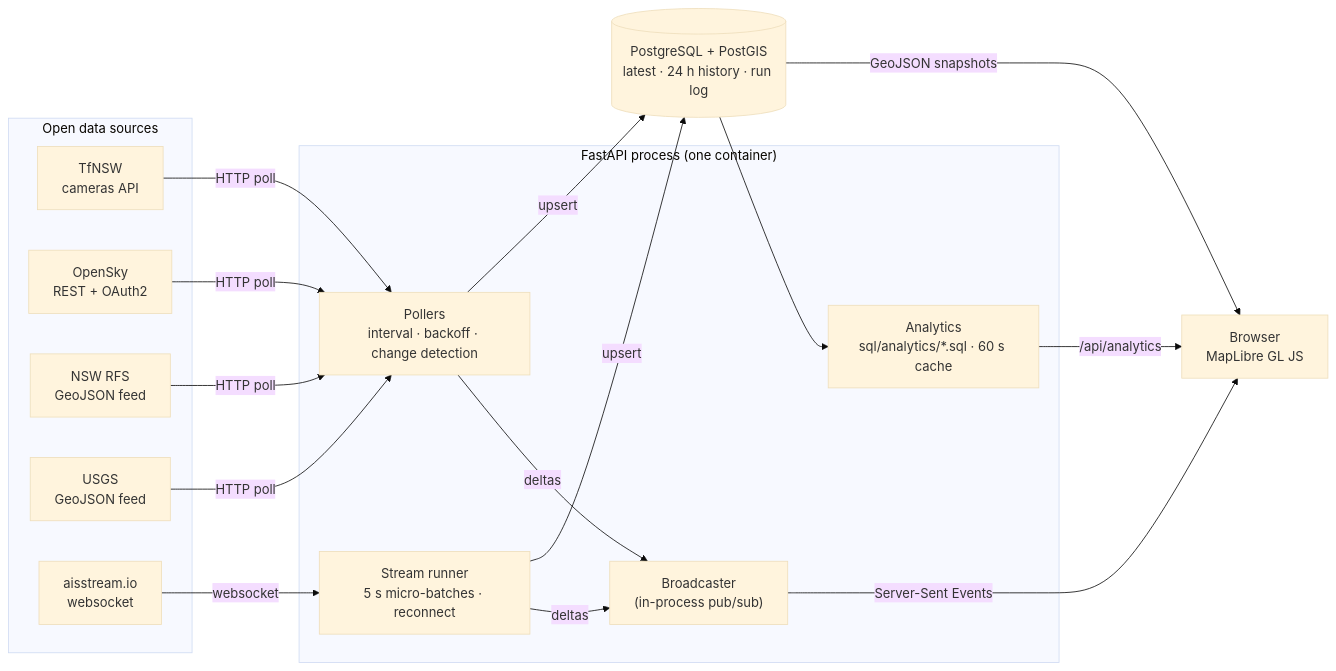
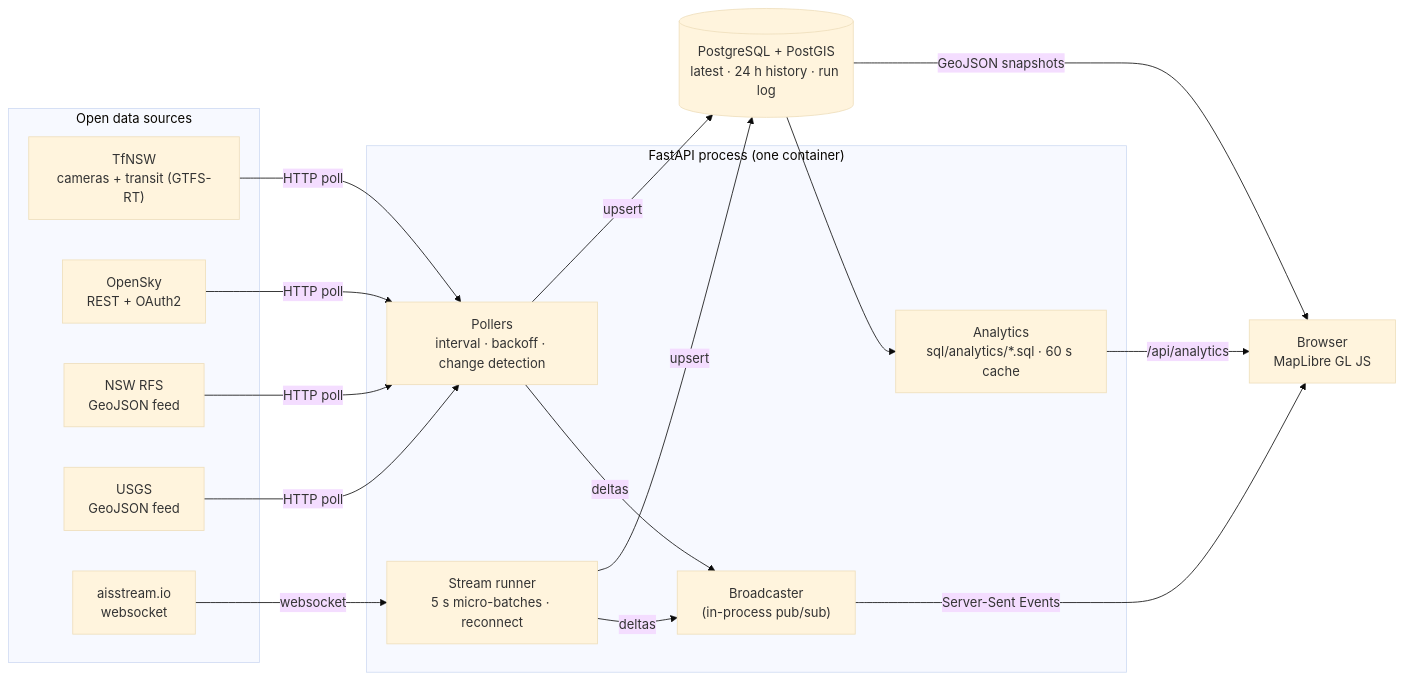
The diagram in README.md (pupshii/OzWatch), drawn with Mermaid (base theme) before and after one commit. The commit also changed other lines of this file and 19 other files, not shown here.

````diff
--- a/README.md
+++ b/README.md
@@ -37,28 +38,28 @@
 ```mermaid
 flowchart LR
     subgraph Sources["Open data sources"]
-        TfNSW["TfNSW<br/>cameras API"]
+        TfNSW["TfNSW<br/>cameras + transit (GTFS-RT)"]
         OpenSky["OpenSky<br/>REST + OAuth2"]
         RFS["NSW RFS<br/>GeoJSON feed"]
         USGS["USGS<br/>GeoJSON feed"]
         AIS["aisstream.io<br/>websocket"]
     end
 
     subgraph API["FastAPI process (one container)"]
         Pollers["Pollers<br/>interval · backoff · change detection"]
         Stream["Stream runner<br/>5 s micro-batches · reconnect"]
         Bus["Broadcaster<br/>(in-process pub/sub)"]
         Analytics["Analytics<br/>sql/analytics/*.sql · 60 s cache"]
     end
 
     DB[("PostgreSQL + PostGIS<br/>latest · 24 h history · run log")]
     Browser["Browser<br/>MapLibre GL JS"]
 
     TfNSW & OpenSky & RFS & USGS -- "HTTP poll" --> Pollers
     AIS -- "websocket" --> Stream
     Pollers & Stream -- "upsert" --> DB
     Pollers & Stream -- "deltas" --> Bus
     Bus -- "Server-Sent Events" --> Browser
     DB -- "GeoJSON snapshots" --> Browser
     DB --> Analytics -- "/api/analytics" --> Browser
 ```
````
